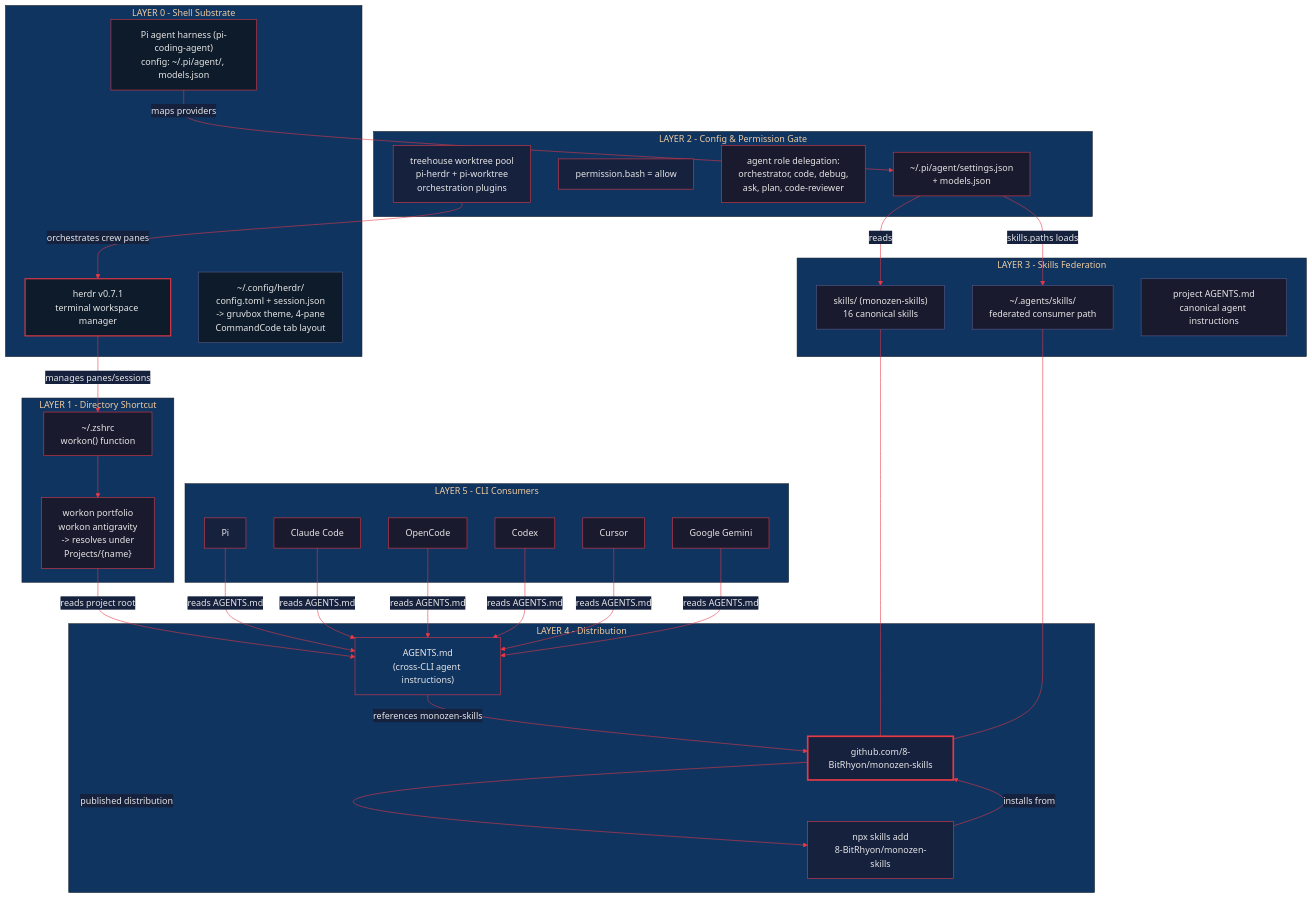
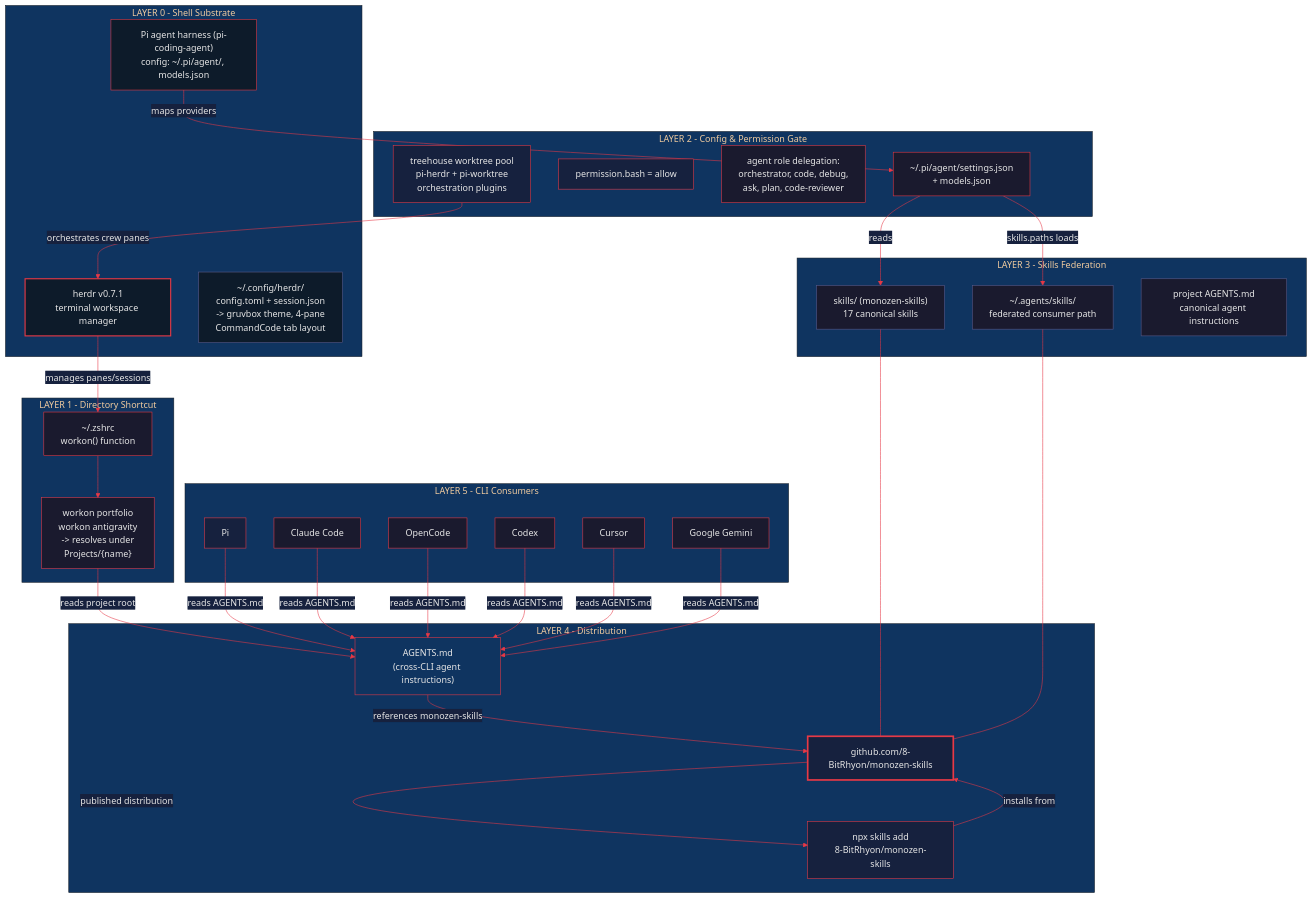
Before and after one commit to 8-BitRhyon/monozen-skills: the diagram in assets/monozen-skills-arch.mmd, drawn with Mermaid. The commit also changed 13 other files, not shown here.

```diff
--- a/assets/monozen-skills-arch.mmd
+++ b/assets/monozen-skills-arch.mmd
@@ -1,75 +1,75 @@
 %%{init: {'theme': 'base', 'themeVariables': {'primaryColor': '#1a1a2e', 'primaryTextColor': '#e6e6e6', 'primaryBorderColor': '#e63946', 'lineColor': '#e63946', 'secondaryColor': '#16213e', 'tertiaryColor': '#0f3460'}}}%%
 
 flowchart TB
     subgraph Layer0["LAYER 0 - Shell Substrate"]
         HR["herdr v0.7.1<br/>terminal workspace manager"]
         PIF["Pi agent harness (pi-coding-agent)<br/>config: ~/.pi/agent/, models.json"]
         HRCFG["~/.config/herdr/<br/>config.toml + session.json<br/>-> gruvbox theme, 4-pane<br/>  CommandCode tab layout"]
     end
 
     subgraph Layer1["LAYER 1 - Directory Shortcut"]
         ZS["~/.zshrc<br/>workon() function"]
         WU["workon portfolio<br/>workon antigravity<br/>-> resolves under<br/>Projects/{name}"]
     end
 
     subgraph Layer2["LAYER 2 - Config & Permission Gate"]
         KC["~/.pi/agent/settings.json<br/>+ models.json"]
         PERM["permission.bash = allow"]
         AGD["agent role delegation:<br/>orchestrator, code, debug,<br/>ask, plan, code-reviewer"]
         IDX["treehouse worktree pool<br/>pi-herdr + pi-worktree<br/>orchestration plugins"]
     end
 
     subgraph Layer3["LAYER 3 - Skills Federation"]
-        FS1["skills/ (monozen-skills)<br/>16 canonical skills"]
+        FS1["skills/ (monozen-skills)<br/>17 canonical skills"]
         FS2["~/.agents/skills/<br/>federated consumer path"]
         FS3["project AGENTS.md<br/>canonical agent instructions"]
     end
 
     subgraph Layer4["LAYER 4 - Distribution"]
         MS["github.com/8-BitRhyon/monozen-skills"]
         NPX["npx skills add<br/>8-BitRhyon/monozen-skills"]
         AG["AGENTS.md<br/>(cross-CLI agent instructions)"]
     end
 
     subgraph Layer5["LAYER 5 - CLI Consumers"]
         PI["Pi"]
         CC["Claude Code"]
         OC["OpenCode"]
         CX["Codex"]
         CU["Cursor"]
         GK["Google Gemini"]
     end
 
     HR -->|manages panes/sessions| ZS
     ZS --> WU
     WU -->|reads project root| AG
     AG -->|references monozen-skills| MS
     PIF -->|maps providers| KC
     KC -->|skills.paths loads| FS2
     KC -->|reads| FS1
     IDX -->|orchestrates crew panes| HR
     NPX -->|installs from| MS
     MS -->|published distribution| NPX
     FS1 --- MS
     FS2 --- MS
     PI -->|reads AGENTS.md| AG
     CC -->|reads AGENTS.md| AG
     OC -->|reads AGENTS.md| AG
     CX -->|reads AGENTS.md| AG
     CU -->|reads AGENTS.md| AG
     GK -->|reads AGENTS.md| AG
 
     style HR fill:#0d1b2a,stroke:#e63946,color:#e6e6e6,stroke-width:2px
     style PIF fill:#0d1b2a,stroke:#e63946,color:#e6e6e6
     style HRCFG fill:#0d1b2a,stroke:#5a5a8a,color:#e6e6e6
     style ZS fill:#1a1a2e,stroke:#e63946,color:#e6e6e6
     style KC fill:#1a1a2e,stroke:#e63946,color:#e6e6e6
     style MS fill:#16213e,stroke:#e63946,color:#e6e6e6,stroke-width:3px
     style AG fill:#0f3460,stroke:#e63946,color:#e6e6e6
     style NPX fill:#16213e,stroke:#e63946,color:#e6e6e6
     style FS1 fill:#1a1a2e,stroke:#5a5a8a,color:#e6e6e6
     style FS2 fill:#1a1a2e,stroke:#5a5a8a,color:#e6e6e6
     style FS3 fill:#1a1a2e,stroke:#5a5a8a,color:#e6e6e6
     style PI fill:#16213e,stroke:#e63946,color:#e6e6e6
     style PERM fill:#16213e,stroke:#e63946,color:#e6e6e6
     style IDX fill:#16213e,stroke:#e63946,color:#e6e6e6
```
